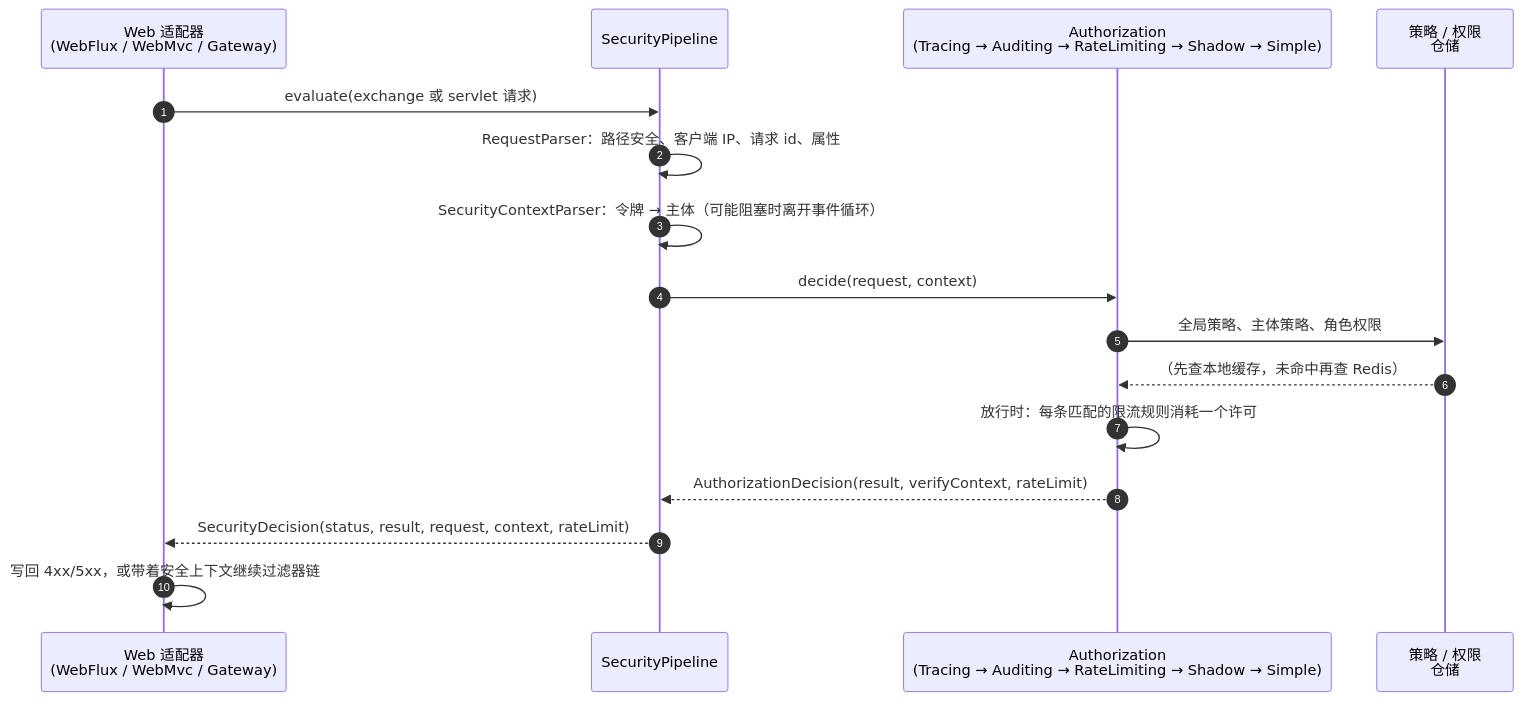
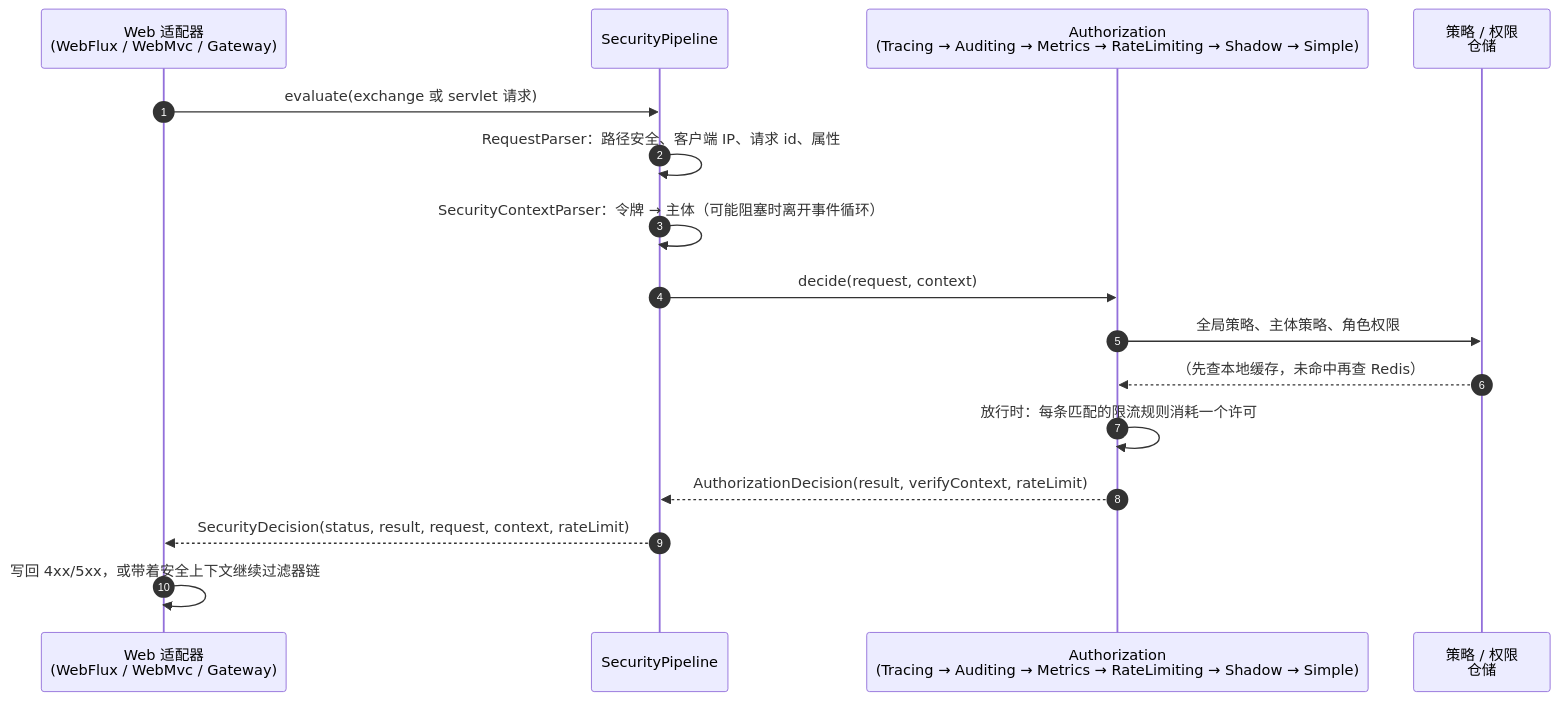
The second of 2 diagrams in wiki/zh/architecture/overview.md (Ahoo-Wang/CoSec), drawn with Mermaid before and after one commit. The commit also changed other lines of this file and 22 other files, not shown here.

First line of the commit message:
feat(micrometer): record authorization decisions as metrics

````diff
--- a/wiki/zh/architecture/overview.md
+++ b/wiki/zh/architecture/overview.md
@@ -32,18 +33,18 @@
 ```mermaid
 sequenceDiagram
     autonumber
     participant A as Web 适配器<br>(WebFlux / WebMvc / Gateway)
     participant P as SecurityPipeline
-    participant Z as Authorization<br>(Tracing → Auditing → RateLimiting → Shadow → Simple)
+    participant Z as Authorization<br>(Tracing → Auditing → Metrics → RateLimiting → Shadow → Simple)
     participant R as 策略 / 权限<br>仓储
     A->>P: evaluate(exchange 或 servlet 请求)
     P->>P: RequestParser：路径安全、客户端 IP、请求 id、属性
     P->>P: SecurityContextParser：令牌 → 主体（可能阻塞时离开事件循环）
     P->>Z: decide(request, context)
     Z->>R: 全局策略、主体策略、角色权限
     R-->>Z: （先查本地缓存，未命中再查 Redis）
     Z->>Z: 放行时：每条匹配的限流规则消耗一个许可
     Z-->>P: AuthorizationDecision(result, verifyContext, rateLimit)
     P-->>A: SecurityDecision(status, result, request, context, rateLimit)
     A->>A: 写回 4xx/5xx，或带着安全上下文继续过滤器链
 ```
````
